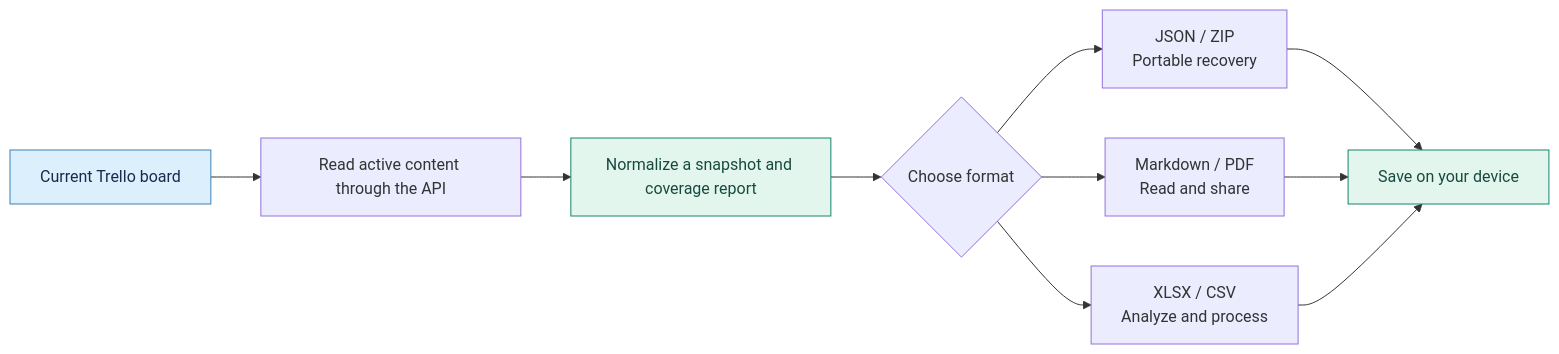
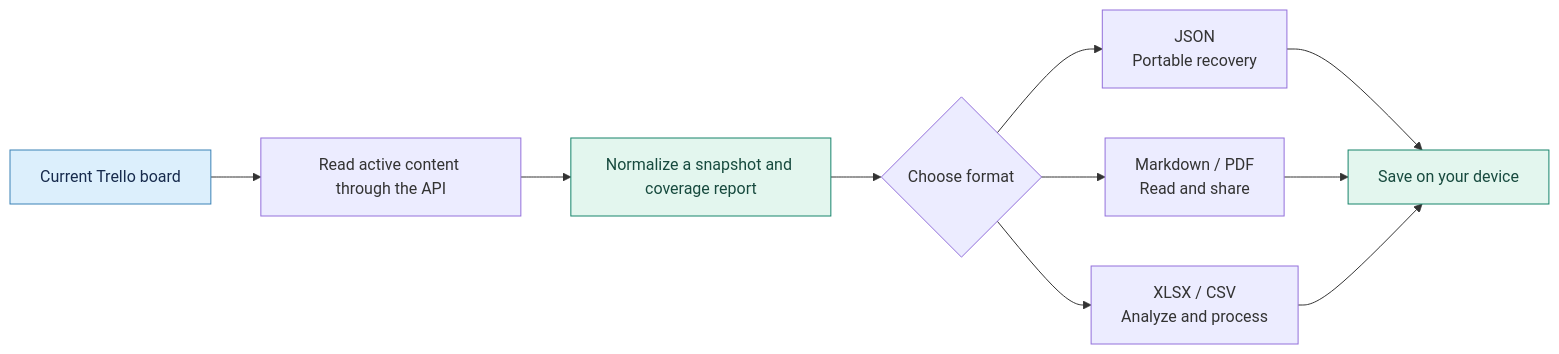
Before and after one commit to selutin99/trello-exporter-importer: the first of 2 diagrams in README.md, drawn with Mermaid. The commit also changed other lines of this file and 68 other files, not shown here.

````diff
--- a/README.md
+++ b/README.md
@@ -67,15 +70,15 @@
 ```mermaid
 flowchart LR
     A[Current Trello board] --> B[Read active content through the API]
     B --> C[Normalize a snapshot and coverage report]
     C --> D{Choose format}
-    D --> E[JSON / ZIP<br/>Portable recovery]
+    D --> E[JSON<br/>Portable recovery]
     D --> F[Markdown / PDF<br/>Read and share]
     D --> G[XLSX / CSV<br/>Analyze and process]
     E --> H[Save on your device]
     F --> H
     G --> H
     style A fill:#dceffc,stroke:#3b82b6,color:#172b4d
     style C fill:#e3f6ee,stroke:#16846b,color:#174a3e
     style H fill:#e3f6ee,stroke:#16846b,color:#174a3e
 ```
````
